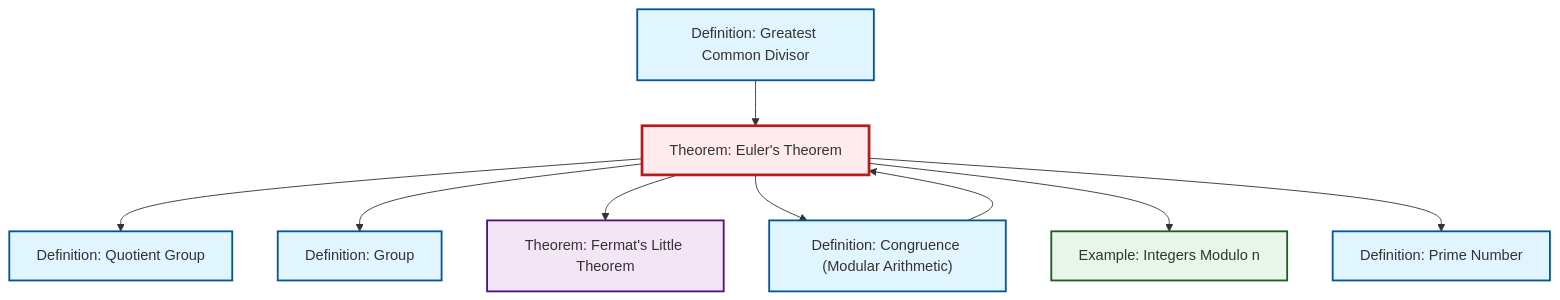
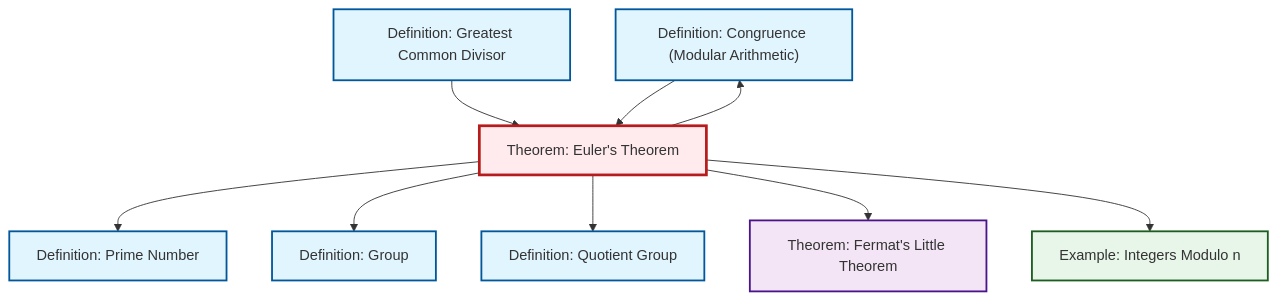
The diagram in content/en/number-theory/thm-euler.qmd (RK0429/ModernMath), drawn with Mermaid before and after one commit. The commit also changed other lines of this file and 1069 other files, not shown here.

````diff
--- a/content/en/number-theory/thm-euler.qmd
+++ b/content/en/number-theory/thm-euler.qmd
@@ -53,33 +53,33 @@
 ```{mermaid}
 %%| fig-cap: "Local dependency graph"
 graph TD
     classDef definition fill:#e1f5fe,stroke:#01579b,stroke-width:2px
     classDef theorem fill:#f3e5f5,stroke:#4a148c,stroke-width:2px
     classDef axiom fill:#fff3e0,stroke:#e65100,stroke-width:2px
     classDef example fill:#e8f5e9,stroke:#1b5e20,stroke-width:2px
     classDef current fill:#ffebee,stroke:#b71c1c,stroke-width:3px
+    def-congruence["Definition: Congruence (Modular Arithmetic)"]:::definition
+    thm-euler["Theorem: Euler's Theorem"]:::theorem
     thm-fermat-little["Theorem: Fermat's Little Theorem"]:::theorem
+    def-quotient-group["Definition: Quotient Group"]:::definition
     def-gcd["Definition: Greatest Common Divisor"]:::definition
+    ex-quotient-integers-mod-n["Example: Integers Modulo n"]:::example
+    def-prime["Definition: Prime Number"]:::definition
     def-group["Definition: Group"]:::definition
-    def-quotient-group["Definition: Quotient Group"]:::definition
-    thm-euler["Theorem: Euler's Theorem"]:::theorem
-    def-prime["Definition: Prime Number"]:::definition
-    def-congruence["Definition: Congruence (Modular Arithmetic)"]:::definition
-    ex-quotient-integers-mod-n["Example: Integers Modulo n"]:::example
+    def-gcd --> thm-euler
+    thm-euler --> def-prime
+    thm-euler --> def-group
+    def-congruence --> thm-euler
     thm-euler --> def-quotient-group
-    def-congruence --> thm-euler
-    thm-euler --> def-group
     thm-euler --> thm-fermat-little
     thm-euler --> def-congruence
     thm-euler --> ex-quotient-integers-mod-n
-    thm-euler --> def-prime
-    def-gcd --> thm-euler
     class thm-euler current
+    click def-congruence "def-congruence.html" "Go to Congruence (Modular Arithmetic) definition"
     click thm-fermat-little "thm-fermat-little.html" "Go to Fermat's Little Theorem theorem"
+    click def-quotient-group "def-quotient-group.html" "Go to Quotient Group definition"
     click def-gcd "def-gcd.html" "Go to Greatest Common Divisor definition"
+    click ex-quotient-integers-mod-n "ex-quotient-integers-mod-n.html" "Go to Integers Modulo n example"
+    click def-prime "def-prime.html" "Go to Prime Number definition"
     click def-group "def-group.html" "Go to Group definition"
-    click def-quotient-group "def-quotient-group.html" "Go to Quotient Group definition"
-    click def-prime "def-prime.html" "Go to Prime Number definition"
-    click def-congruence "def-congruence.html" "Go to Congruence (Modular Arithmetic) definition"
-    click ex-quotient-integers-mod-n "ex-quotient-integers-mod-n.html" "Go to Integers Modulo n example"
 ```
````
